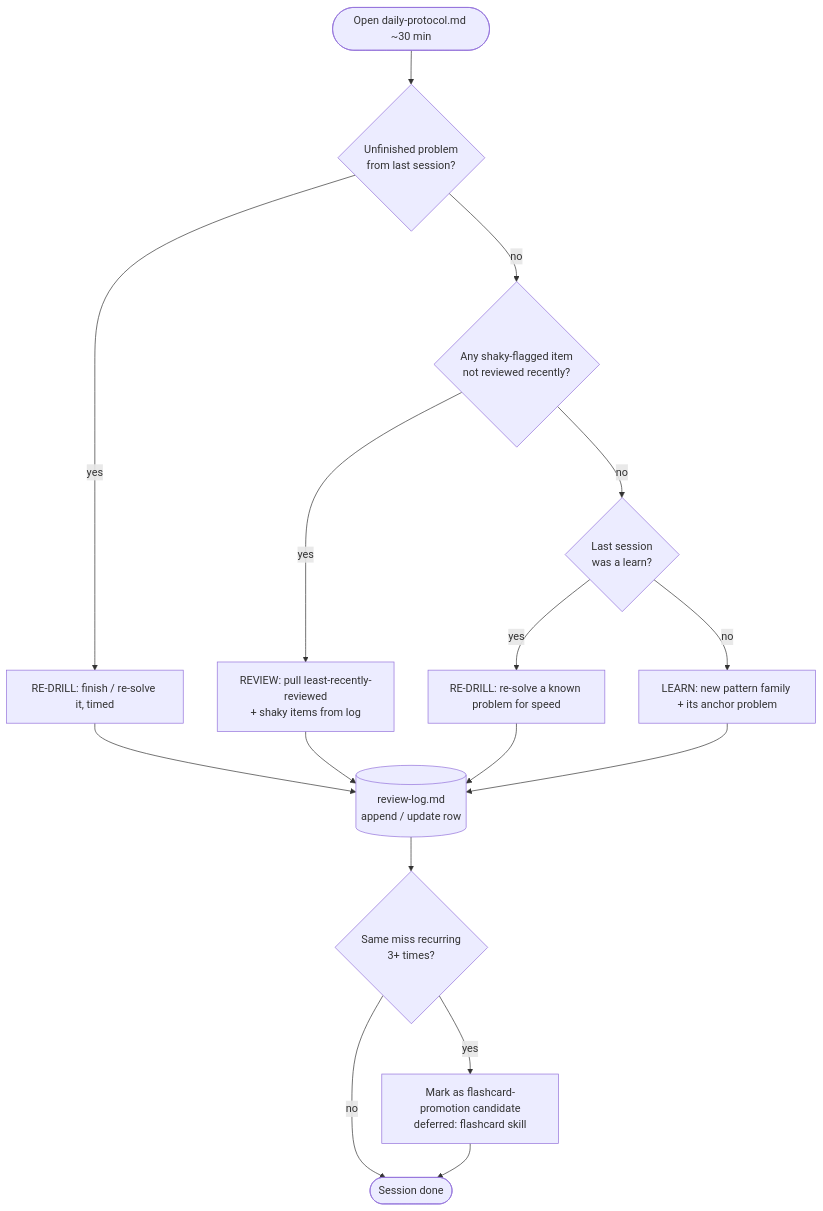
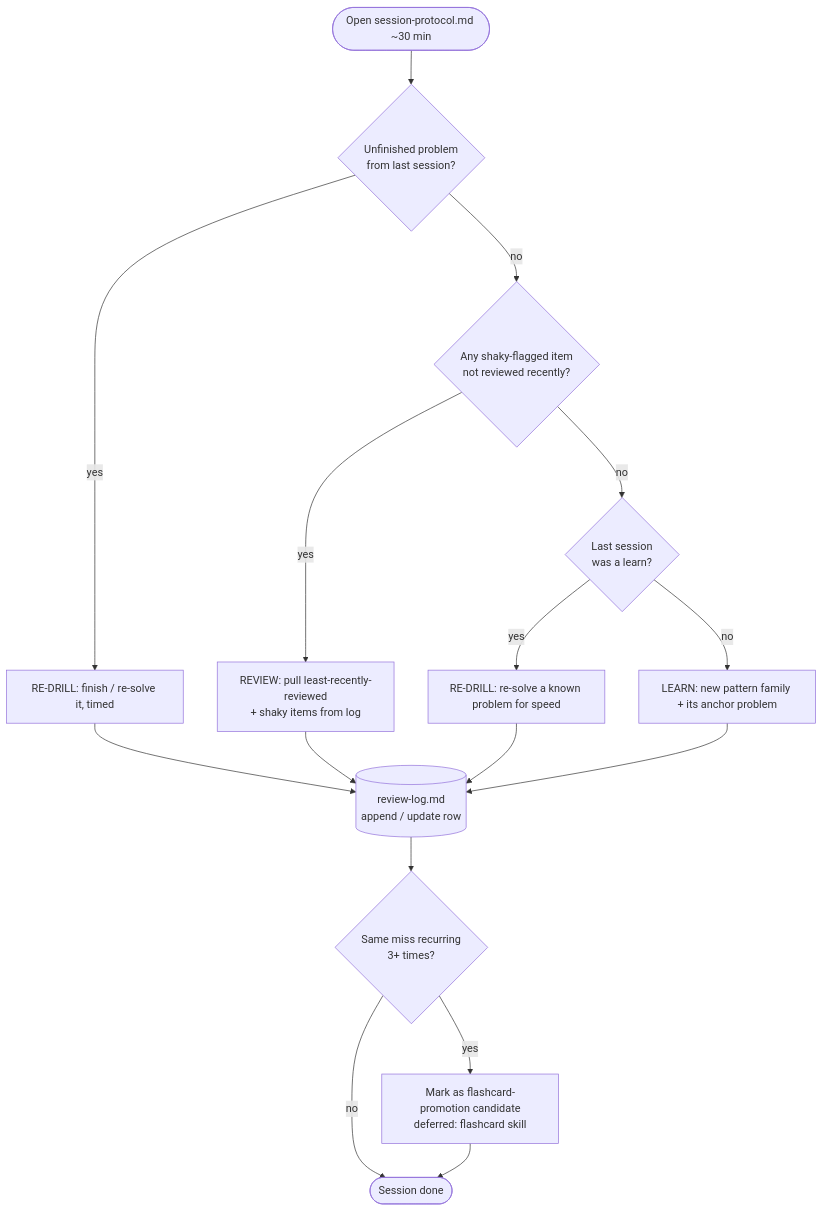
The first of 2 diagrams in docs/plans/2026-06-26-001-feat-arena-prep-system-plan.md (aniketpanjwani/LeetCode-Solutions), drawn with Mermaid before and after one commit. The commit also changed other lines of this file and 2 other files, not shown here.

````diff
--- a/docs/plans/2026-06-26-001-feat-arena-prep-system-plan.md
+++ b/docs/plans/2026-06-26-001-feat-arena-prep-system-plan.md
@@ -49,18 +49,18 @@
 ```mermaid
 flowchart TD
-    Start([Open daily-protocol.md ~30 min]) --> Carry{Unfinished problem<br/>from last session?}
+    Start([Open session-protocol.md ~30 min]) --> Carry{Unfinished problem<br/>from last session?}
     Carry -- yes --> Redrill[RE-DRILL: finish / re-solve it, timed]
     Carry -- no --> Shaky{Any shaky-flagged item<br/>not reviewed recently?}
     Shaky -- yes --> Review[REVIEW: pull least-recently-reviewed<br/>+ shaky items from log]
     Shaky -- no --> Alt{Last session<br/>was a learn?}
     Alt -- yes --> Redrill2[RE-DRILL: re-solve a known problem for speed]
     Alt -- no --> Learn[LEARN: new pattern family + its anchor problem]
     Redrill --> Log[(review-log.md<br/>append / update row)]
     Review --> Log
     Redrill2 --> Log
     Learn --> Log
     Log --> Scan{Same miss recurring<br/>3+ times?}
     Scan -- yes --> Promote[Mark as flashcard-promotion candidate<br/>deferred: flashcard skill]
     Scan -- no --> Done([Session done])
     Promote --> Done
 ```
````
